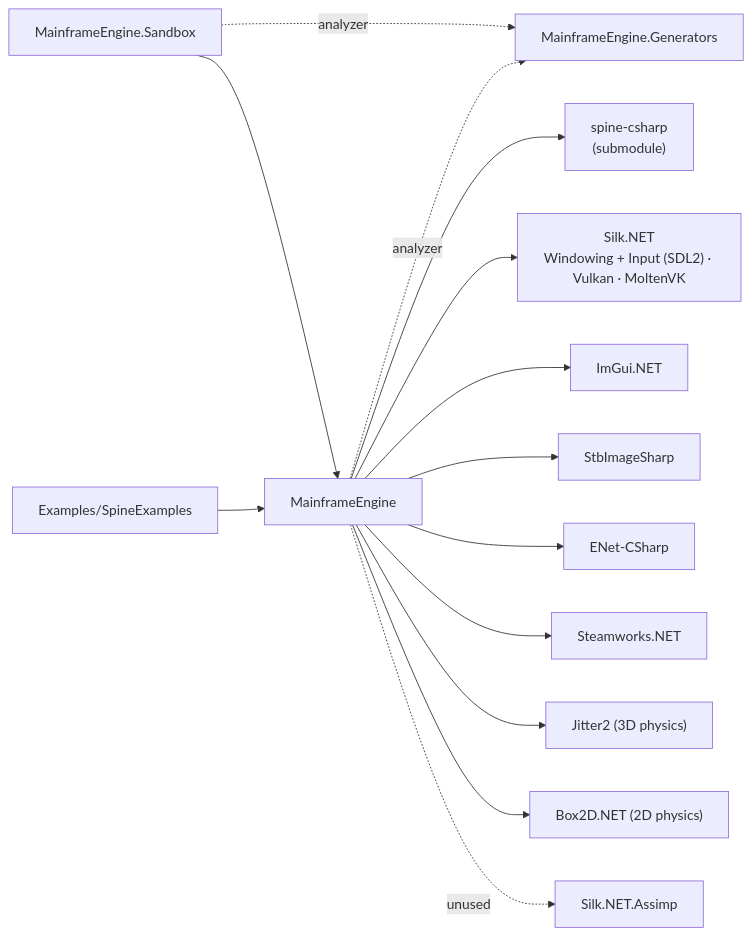
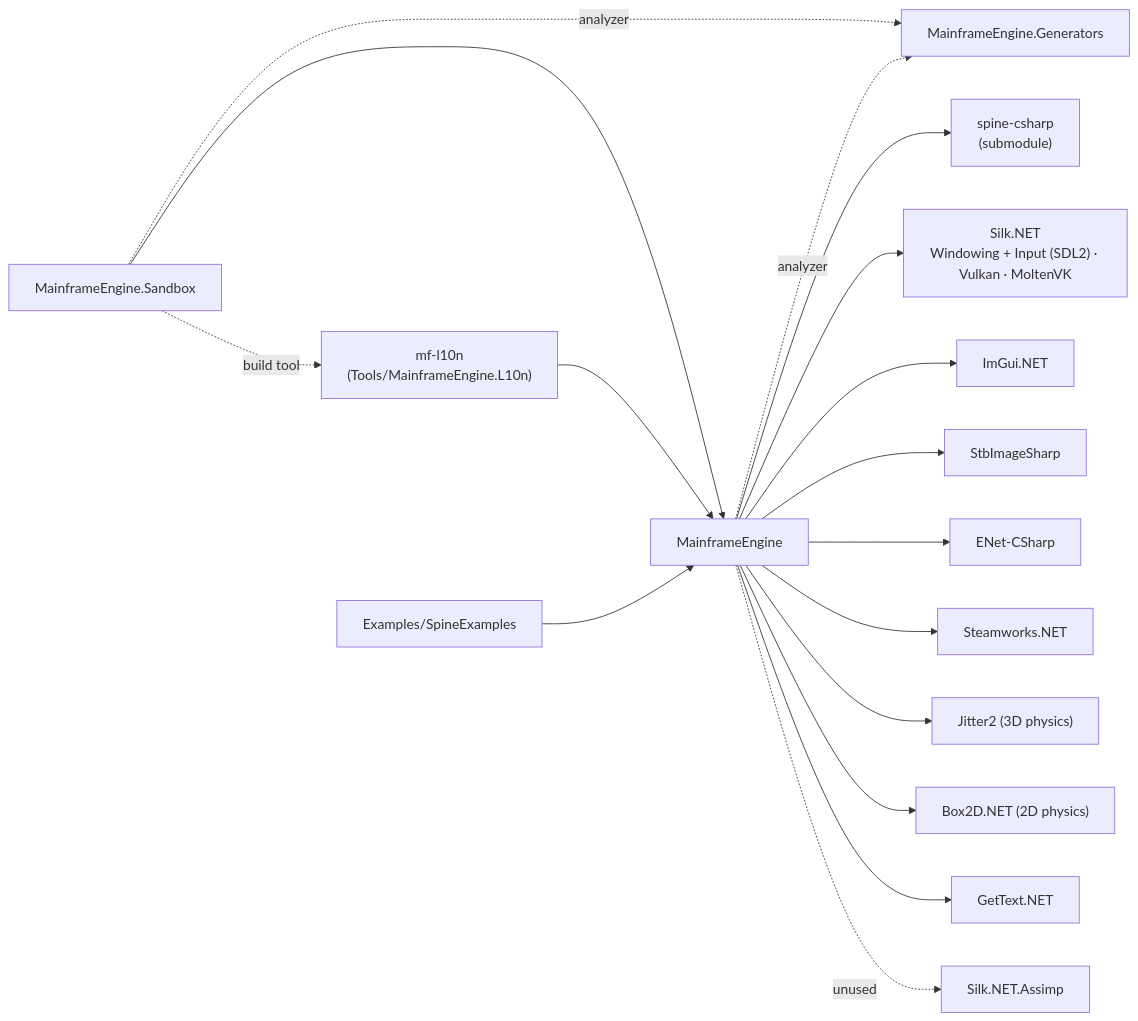
Before and after one commit to Mainframe-Games/mainframe-engine: the diagram in docs/design/architecture-overview.md, drawn with Mermaid. The commit also changed other lines of this file and 21 other files, not shown here.

````diff
--- a/docs/design/architecture-overview.md
+++ b/docs/design/architecture-overview.md
@@ -51,16 +53,19 @@
 ```mermaid
 flowchart LR
     Sandbox["MainframeEngine.Sandbox"] --> Engine["MainframeEngine"]
     Sandbox -. analyzer .-> Gen["MainframeEngine.Generators"]
+    Sandbox -. build tool .-> L10n["mf-l10n<br/>(Tools/MainframeEngine.L10n)"]
+    L10n --> Engine
     Engine -. analyzer .-> Gen
     SpineEx["Examples/SpineExamples"] --> Engine
     Engine --> SpineRT["spine-csharp<br/>(submodule)"]
     Engine --> Silk["Silk.NET<br/>Windowing + Input (SDL2) · Vulkan · MoltenVK"]
     Engine --> ImGui["ImGui.NET"]
     Engine --> Stb["StbImageSharp"]
     Engine --> ENet["ENet-CSharp"]
     Engine --> Steam["Steamworks.NET"]
     Engine --> Jitter["Jitter2 (3D physics)"]
     Engine --> Box2D["Box2D.NET (2D physics)"]
+    Engine --> GetText["GetText.NET"]
     Engine -. unused .-> Assimp["Silk.NET.Assimp"]
 ```
````
